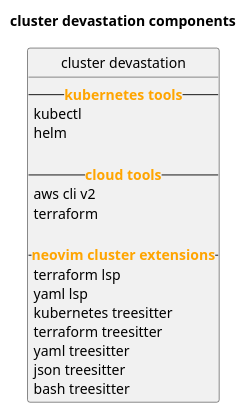
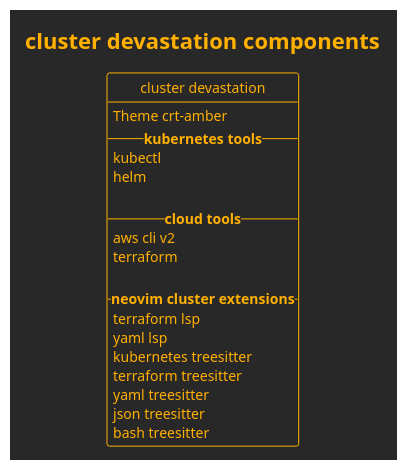
Before and after one commit to this-kirke/devastation: the diagram in docs/src/cluster_architecture.puml, drawn with PlantUML. The commit also changed 13 other files, not shown here.

```diff
--- a/docs/src/cluster_architecture.puml
+++ b/docs/src/cluster_architecture.puml
@@ -1,28 +1,30 @@
 @startuml cluster_architecture
 
+!theme crt-amber
 
 title cluster devastation components
 
 hide circle
 hide stereotypes
 
 class "cluster devastation" as ClusterDev {
-  -- <color:ORANGE><b>kubernetes tools</b></color> --
+  Theme crt-amber
+  -- <b>kubernetes tools</b> --
   kubectl
   helm
   
-  -- <color:ORANGE><b>cloud tools</b></color> --
+  -- <b>cloud tools</b> --
   aws cli v2
   terraform
   
-  -- <color:ORANGE><b>neovim cluster extensions</b></color> --
+  -- <b>neovim cluster extensions</b> --
   terraform lsp
   yaml lsp
   kubernetes treesitter
   terraform treesitter
   yaml treesitter
   json treesitter
   bash treesitter
 }
 
 @enduml
```
